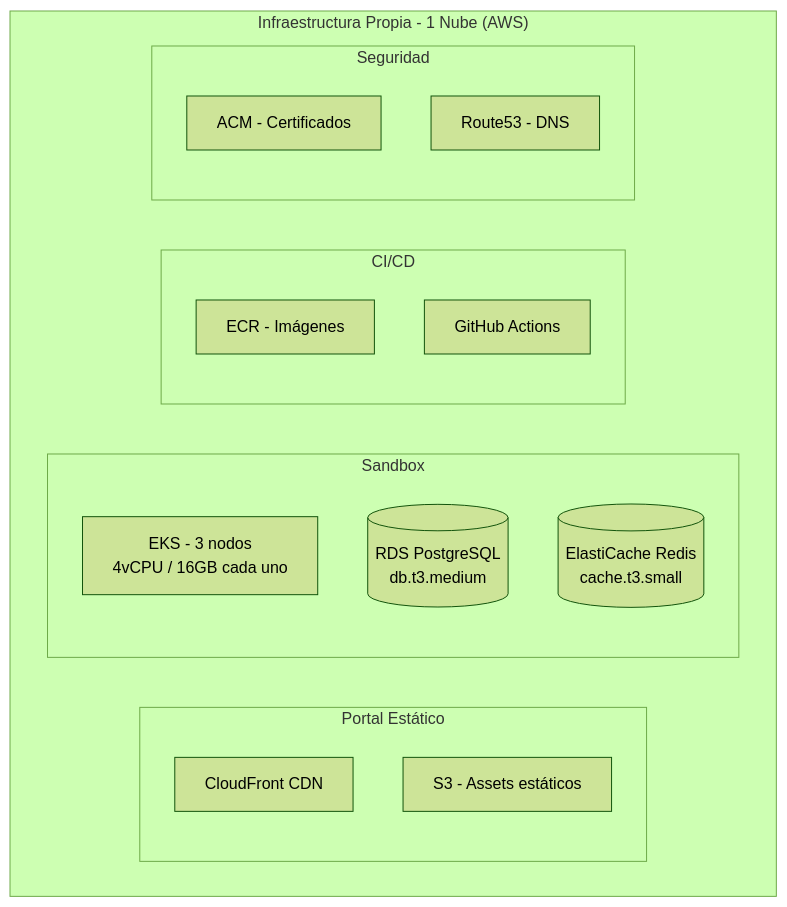
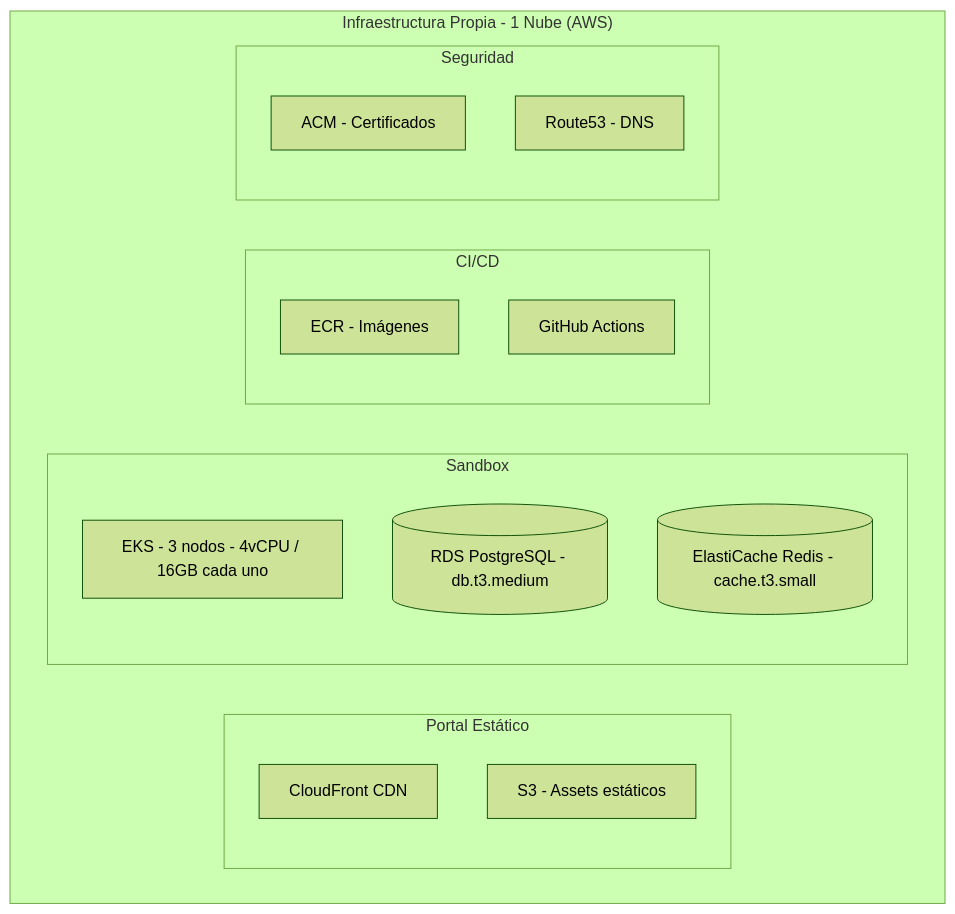
Before and after one commit to somospragma/integration-consent-manager: the fourth of 5 diagrams in docs/proposals/proposal-lite.md, drawn with Mermaid (forest theme). The commit also changed other lines of this file and 9 other files, not shown here.

Commit message:
fix: corregir diagramas Mermaid - quitar paréntesis y \n incompatibles con GitHub

````diff
--- a/docs/proposals/proposal-lite.md
+++ b/docs/proposals/proposal-lite.md
@@ -160,25 +160,25 @@
 ```mermaid
 graph TB
     subgraph "Infraestructura Propia - 1 Nube (AWS)"
         subgraph "Portal Estático"
             CF[CloudFront CDN]
             S3[S3 - Assets estáticos]
         end
 
         subgraph "Sandbox"
-            EKS_SB[EKS - 3 nodos\n4vCPU / 16GB cada uno]
-            RDS_SB[(RDS PostgreSQL\ndb.t3.medium)]
-            REDIS_SB[(ElastiCache Redis\ncache.t3.small)]
+            EKS_SB[EKS - 3 nodos - 4vCPU / 16GB cada uno]
+            RDS_SB[(RDS PostgreSQL - db.t3.medium)]
+            REDIS_SB[(ElastiCache Redis - cache.t3.small)]
         end
 
         subgraph "CI/CD"
             ECR[ECR - Imágenes]
             GHA[GitHub Actions]
         end
 
         subgraph "Seguridad"
             ACM[ACM - Certificados]
             R53[Route53 - DNS]
         end
     end
 ```
````
